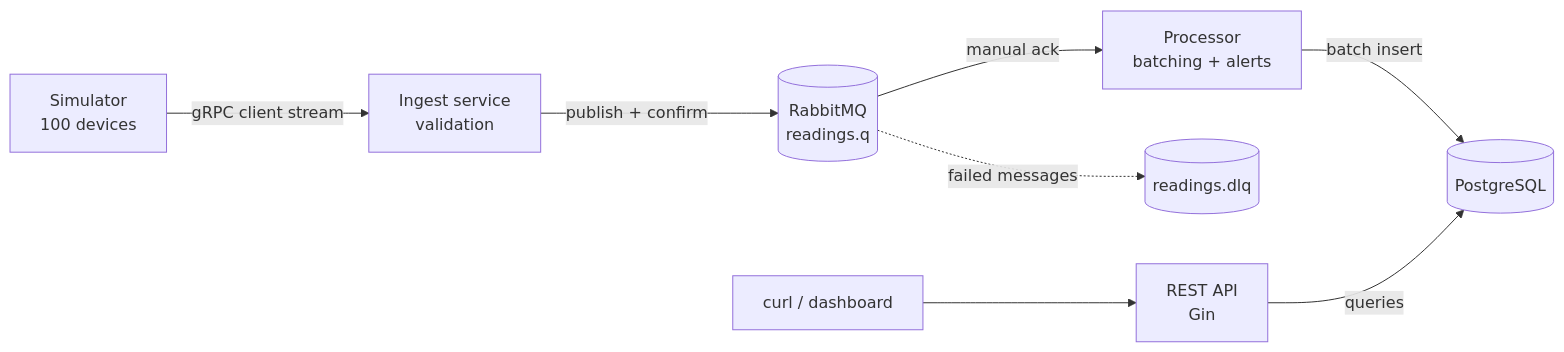
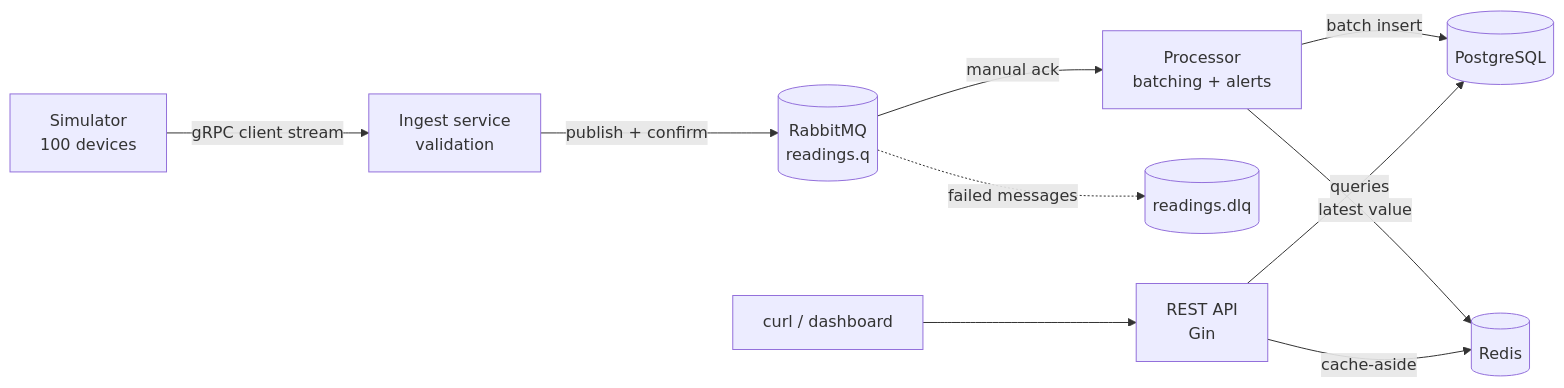
Before and after one commit to Mikewattoski/atrium: the diagram in README.md, drawn with Mermaid. The commit also changed other lines of this file and 18 other files, not shown here.

````diff
--- a/README.md
+++ b/README.md
@@ -24,10 +24,12 @@
 ```mermaid
 flowchart LR
     SIM["Simulator<br/>100 devices"] -- "gRPC client stream" --> ING["Ingest service<br/>validation"]
     ING -- "publish + confirm" --> MQ[("RabbitMQ<br/>readings.q")]
     MQ -- "manual ack" --> PROC["Processor<br/>batching + alerts"]
     MQ -. "failed messages" .-> DLQ[("readings.dlq")]
     PROC -- "batch insert" --> PG[("PostgreSQL")]
+    PROC -- "latest value" --> RD[("Redis")]
     API["REST API<br/>Gin"] -- "queries" --> PG
+    API -- "cache-aside" --> RD
     USER["curl / dashboard"] --> API
 ```
````
